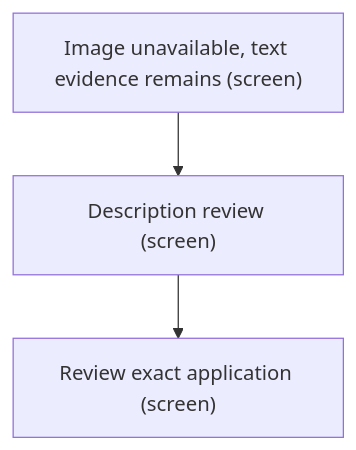
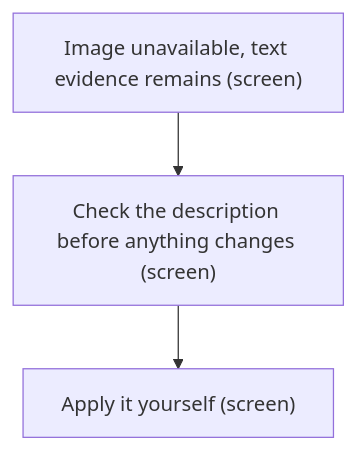
One commit to darce/context-alt-text-monorepo changed the sixth of 6 diagrams in apps/prototype-wp-alt-context/docs/ux-maps/guided-prototype.md. Above: the diagram before and after it, drawn with Mermaid. The commit also changed other lines of this file and 1 other file, not shown here.

````diff
--- a/apps/prototype-wp-alt-context/docs/ux-maps/guided-prototype.md
+++ b/apps/prototype-wp-alt-context/docs/ux-maps/guided-prototype.md
@@ -280,9 +328,9 @@
 ```mermaid
 flowchart TD
-  %% flow: Text fallback retains review path job=review
+  %% flow: The photo is unavailable, but text lets you keep practising job=review
   n_image_fallback["Image unavailable, text evidence remains (screen)"]
-  n_draft["Description review (screen)"]
+  n_draft["Check the description before anything changes (screen)"]
   n_image_fallback --> n_draft
-  n_apply["Review exact application (screen)"]
+  n_apply["Apply it yourself (screen)"]
   n_draft --> n_apply
 ```
````
